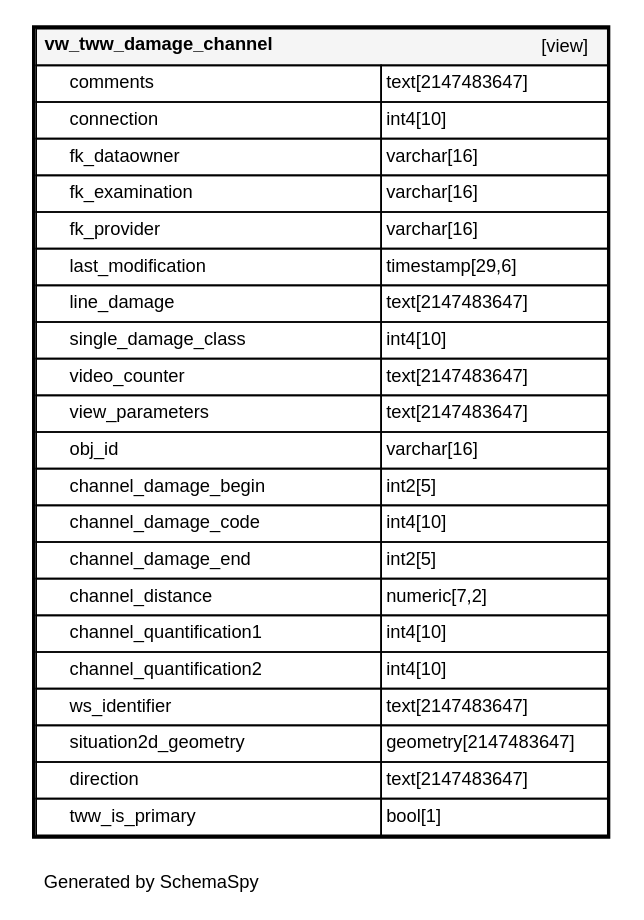
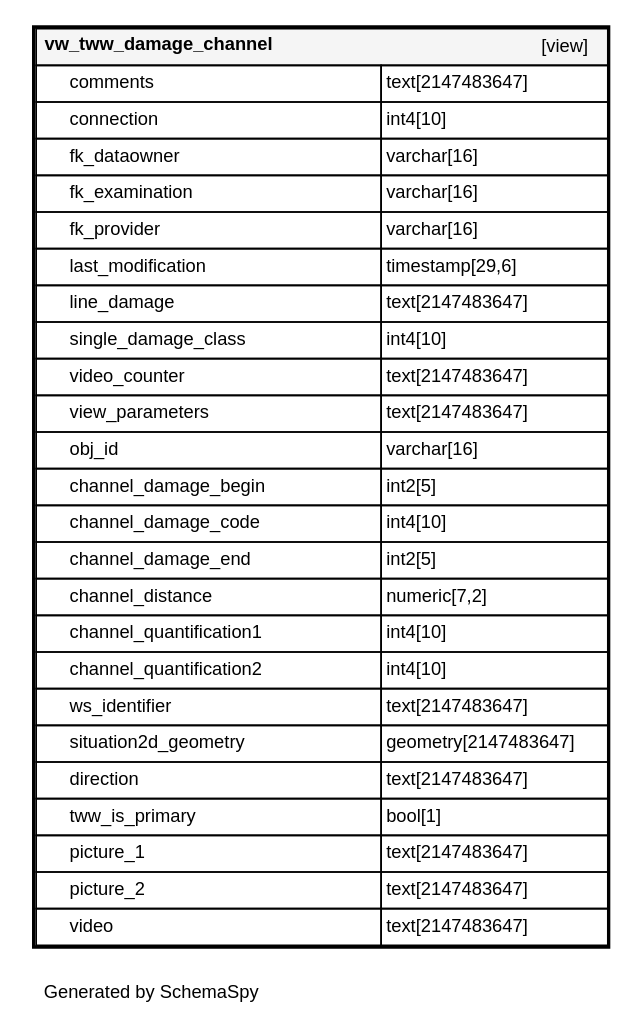
The diagram in de/_static/datamodel/tww_app/diagrams/tables/vw_tww_damage_channel.1degree.dot (teksi/wastewater), drawn with Graphviz before and after one commit. The commit also changed 57 other files, not shown here.

```diff
--- a/de/_static/datamodel/tww_app/diagrams/tables/vw_tww_damage_channel.1degree.dot
+++ b/de/_static/datamodel/tww_app/diagrams/tables/vw_tww_damage_channel.1degree.dot
@@ -1,33 +1,36 @@
 digraph "oneDegreeRelationshipsDiagram" {
   graph [    rankdir="RL"    bgcolor="#ffffff"    label="\nGenerated by SchemaSpy"    labeljust="l"    nodesep="0.18"    ranksep="0.46"    fontname="Helvetica"    fontsize="11"    packmode="graph"  ];  node [    fontname="Helvetica"    fontsize="11"    shape="plaintext"  ];  edge [    arrowsize="0.8"  ];
   "vw_tww_damage_channel" [
    label=<
     <TABLE BORDER="2" CELLBORDER="1" CELLSPACING="0" BGCOLOR="#ffffff">
       <TR><TD COLSPAN="4"  BGCOLOR="#f5f5f5"><TABLE BORDER="0" CELLSPACING="0"><TR><TD ALIGN="LEFT" FIXEDSIZE="TRUE" WIDTH="186" HEIGHT="16"><B>vw_tww_damage_channel</B></TD><TD ALIGN="RIGHT">[view]</TD></TR></TABLE></TD></TR>
       <TR><TD PORT="comments" COLSPAN="2" ALIGN="LEFT"><TABLE BORDER="0" CELLSPACING="0" ALIGN="LEFT"><TR ALIGN="LEFT"><TD ALIGN="LEFT" FIXEDSIZE="TRUE" WIDTH="15" HEIGHT="16"></TD><TD ALIGN="LEFT" FIXEDSIZE="TRUE" WIDTH="186" HEIGHT="16">comments</TD></TR></TABLE></TD><TD PORT="comments.type" ALIGN="LEFT">text[2147483647]</TD></TR>
       <TR><TD PORT="connection" COLSPAN="2" ALIGN="LEFT"><TABLE BORDER="0" CELLSPACING="0" ALIGN="LEFT"><TR ALIGN="LEFT"><TD ALIGN="LEFT" FIXEDSIZE="TRUE" WIDTH="15" HEIGHT="16"></TD><TD ALIGN="LEFT" FIXEDSIZE="TRUE" WIDTH="186" HEIGHT="16">connection</TD></TR></TABLE></TD><TD PORT="connection.type" ALIGN="LEFT">int4[10]</TD></TR>
       <TR><TD PORT="fk_dataowner" COLSPAN="2" ALIGN="LEFT"><TABLE BORDER="0" CELLSPACING="0" ALIGN="LEFT"><TR ALIGN="LEFT"><TD ALIGN="LEFT" FIXEDSIZE="TRUE" WIDTH="15" HEIGHT="16"></TD><TD ALIGN="LEFT" FIXEDSIZE="TRUE" WIDTH="186" HEIGHT="16">fk_dataowner</TD></TR></TABLE></TD><TD PORT="fk_dataowner.type" ALIGN="LEFT">varchar[16]</TD></TR>
       <TR><TD PORT="fk_examination" COLSPAN="2" ALIGN="LEFT"><TABLE BORDER="0" CELLSPACING="0" ALIGN="LEFT"><TR ALIGN="LEFT"><TD ALIGN="LEFT" FIXEDSIZE="TRUE" WIDTH="15" HEIGHT="16"></TD><TD ALIGN="LEFT" FIXEDSIZE="TRUE" WIDTH="186" HEIGHT="16">fk_examination</TD></TR></TABLE></TD><TD PORT="fk_examination.type" ALIGN="LEFT">varchar[16]</TD></TR>
       <TR><TD PORT="fk_provider" COLSPAN="2" ALIGN="LEFT"><TABLE BORDER="0" CELLSPACING="0" ALIGN="LEFT"><TR ALIGN="LEFT"><TD ALIGN="LEFT" FIXEDSIZE="TRUE" WIDTH="15" HEIGHT="16"></TD><TD ALIGN="LEFT" FIXEDSIZE="TRUE" WIDTH="186" HEIGHT="16">fk_provider</TD></TR></TABLE></TD><TD PORT="fk_provider.type" ALIGN="LEFT">varchar[16]</TD></TR>
       <TR><TD PORT="last_modification" COLSPAN="2" ALIGN="LEFT"><TABLE BORDER="0" CELLSPACING="0" ALIGN="LEFT"><TR ALIGN="LEFT"><TD ALIGN="LEFT" FIXEDSIZE="TRUE" WIDTH="15" HEIGHT="16"></TD><TD ALIGN="LEFT" FIXEDSIZE="TRUE" WIDTH="186" HEIGHT="16">last_modification</TD></TR></TABLE></TD><TD PORT="last_modification.type" ALIGN="LEFT">timestamp[29,6]</TD></TR>
       <TR><TD PORT="line_damage" COLSPAN="2" ALIGN="LEFT"><TABLE BORDER="0" CELLSPACING="0" ALIGN="LEFT"><TR ALIGN="LEFT"><TD ALIGN="LEFT" FIXEDSIZE="TRUE" WIDTH="15" HEIGHT="16"></TD><TD ALIGN="LEFT" FIXEDSIZE="TRUE" WIDTH="186" HEIGHT="16">line_damage</TD></TR></TABLE></TD><TD PORT="line_damage.type" ALIGN="LEFT">text[2147483647]</TD></TR>
       <TR><TD PORT="single_damage_class" COLSPAN="2" ALIGN="LEFT"><TABLE BORDER="0" CELLSPACING="0" ALIGN="LEFT"><TR ALIGN="LEFT"><TD ALIGN="LEFT" FIXEDSIZE="TRUE" WIDTH="15" HEIGHT="16"></TD><TD ALIGN="LEFT" FIXEDSIZE="TRUE" WIDTH="186" HEIGHT="16">single_damage_class</TD></TR></TABLE></TD><TD PORT="single_damage_class.type" ALIGN="LEFT">int4[10]</TD></TR>
       <TR><TD PORT="video_counter" COLSPAN="2" ALIGN="LEFT"><TABLE BORDER="0" CELLSPACING="0" ALIGN="LEFT"><TR ALIGN="LEFT"><TD ALIGN="LEFT" FIXEDSIZE="TRUE" WIDTH="15" HEIGHT="16"></TD><TD ALIGN="LEFT" FIXEDSIZE="TRUE" WIDTH="186" HEIGHT="16">video_counter</TD></TR></TABLE></TD><TD PORT="video_counter.type" ALIGN="LEFT">text[2147483647]</TD></TR>
       <TR><TD PORT="view_parameters" COLSPAN="2" ALIGN="LEFT"><TABLE BORDER="0" CELLSPACING="0" ALIGN="LEFT"><TR ALIGN="LEFT"><TD ALIGN="LEFT" FIXEDSIZE="TRUE" WIDTH="15" HEIGHT="16"></TD><TD ALIGN="LEFT" FIXEDSIZE="TRUE" WIDTH="186" HEIGHT="16">view_parameters</TD></TR></TABLE></TD><TD PORT="view_parameters.type" ALIGN="LEFT">text[2147483647]</TD></TR>
       <TR><TD PORT="obj_id" COLSPAN="2" ALIGN="LEFT"><TABLE BORDER="0" CELLSPACING="0" ALIGN="LEFT"><TR ALIGN="LEFT"><TD ALIGN="LEFT" FIXEDSIZE="TRUE" WIDTH="15" HEIGHT="16"></TD><TD ALIGN="LEFT" FIXEDSIZE="TRUE" WIDTH="186" HEIGHT="16">obj_id</TD></TR></TABLE></TD><TD PORT="obj_id.type" ALIGN="LEFT">varchar[16]</TD></TR>
       <TR><TD PORT="channel_damage_begin" COLSPAN="2" ALIGN="LEFT"><TABLE BORDER="0" CELLSPACING="0" ALIGN="LEFT"><TR ALIGN="LEFT"><TD ALIGN="LEFT" FIXEDSIZE="TRUE" WIDTH="15" HEIGHT="16"></TD><TD ALIGN="LEFT" FIXEDSIZE="TRUE" WIDTH="186" HEIGHT="16">channel_damage_begin</TD></TR></TABLE></TD><TD PORT="channel_damage_begin.type" ALIGN="LEFT">int2[5]</TD></TR>
       <TR><TD PORT="channel_damage_code" COLSPAN="2" ALIGN="LEFT"><TABLE BORDER="0" CELLSPACING="0" ALIGN="LEFT"><TR ALIGN="LEFT"><TD ALIGN="LEFT" FIXEDSIZE="TRUE" WIDTH="15" HEIGHT="16"></TD><TD ALIGN="LEFT" FIXEDSIZE="TRUE" WIDTH="186" HEIGHT="16">channel_damage_code</TD></TR></TABLE></TD><TD PORT="channel_damage_code.type" ALIGN="LEFT">int4[10]</TD></TR>
       <TR><TD PORT="channel_damage_end" COLSPAN="2" ALIGN="LEFT"><TABLE BORDER="0" CELLSPACING="0" ALIGN="LEFT"><TR ALIGN="LEFT"><TD ALIGN="LEFT" FIXEDSIZE="TRUE" WIDTH="15" HEIGHT="16"></TD><TD ALIGN="LEFT" FIXEDSIZE="TRUE" WIDTH="186" HEIGHT="16">channel_damage_end</TD></TR></TABLE></TD><TD PORT="channel_damage_end.type" ALIGN="LEFT">int2[5]</TD></TR>
       <TR><TD PORT="channel_distance" COLSPAN="2" ALIGN="LEFT"><TABLE BORDER="0" CELLSPACING="0" ALIGN="LEFT"><TR ALIGN="LEFT"><TD ALIGN="LEFT" FIXEDSIZE="TRUE" WIDTH="15" HEIGHT="16"></TD><TD ALIGN="LEFT" FIXEDSIZE="TRUE" WIDTH="186" HEIGHT="16">channel_distance</TD></TR></TABLE></TD><TD PORT="channel_distance.type" ALIGN="LEFT">numeric[7,2]</TD></TR>
       <TR><TD PORT="channel_quantification1" COLSPAN="2" ALIGN="LEFT"><TABLE BORDER="0" CELLSPACING="0" ALIGN="LEFT"><TR ALIGN="LEFT"><TD ALIGN="LEFT" FIXEDSIZE="TRUE" WIDTH="15" HEIGHT="16"></TD><TD ALIGN="LEFT" FIXEDSIZE="TRUE" WIDTH="186" HEIGHT="16">channel_quantification1</TD></TR></TABLE></TD><TD PORT="channel_quantification1.type" ALIGN="LEFT">int4[10]</TD></TR>
       <TR><TD PORT="channel_quantification2" COLSPAN="2" ALIGN="LEFT"><TABLE BORDER="0" CELLSPACING="0" ALIGN="LEFT"><TR ALIGN="LEFT"><TD ALIGN="LEFT" FIXEDSIZE="TRUE" WIDTH="15" HEIGHT="16"></TD><TD ALIGN="LEFT" FIXEDSIZE="TRUE" WIDTH="186" HEIGHT="16">channel_quantification2</TD></TR></TABLE></TD><TD PORT="channel_quantification2.type" ALIGN="LEFT">int4[10]</TD></TR>
       <TR><TD PORT="ws_identifier" COLSPAN="2" ALIGN="LEFT"><TABLE BORDER="0" CELLSPACING="0" ALIGN="LEFT"><TR ALIGN="LEFT"><TD ALIGN="LEFT" FIXEDSIZE="TRUE" WIDTH="15" HEIGHT="16"></TD><TD ALIGN="LEFT" FIXEDSIZE="TRUE" WIDTH="186" HEIGHT="16">ws_identifier</TD></TR></TABLE></TD><TD PORT="ws_identifier.type" ALIGN="LEFT">text[2147483647]</TD></TR>
       <TR><TD PORT="situation2d_geometry" COLSPAN="2" ALIGN="LEFT"><TABLE BORDER="0" CELLSPACING="0" ALIGN="LEFT"><TR ALIGN="LEFT"><TD ALIGN="LEFT" FIXEDSIZE="TRUE" WIDTH="15" HEIGHT="16"></TD><TD ALIGN="LEFT" FIXEDSIZE="TRUE" WIDTH="186" HEIGHT="16">situation2d_geometry</TD></TR></TABLE></TD><TD PORT="situation2d_geometry.type" ALIGN="LEFT">geometry[2147483647]</TD></TR>
       <TR><TD PORT="direction" COLSPAN="2" ALIGN="LEFT"><TABLE BORDER="0" CELLSPACING="0" ALIGN="LEFT"><TR ALIGN="LEFT"><TD ALIGN="LEFT" FIXEDSIZE="TRUE" WIDTH="15" HEIGHT="16"></TD><TD ALIGN="LEFT" FIXEDSIZE="TRUE" WIDTH="186" HEIGHT="16">direction</TD></TR></TABLE></TD><TD PORT="direction.type" ALIGN="LEFT">text[2147483647]</TD></TR>
       <TR><TD PORT="tww_is_primary" COLSPAN="2" ALIGN="LEFT"><TABLE BORDER="0" CELLSPACING="0" ALIGN="LEFT"><TR ALIGN="LEFT"><TD ALIGN="LEFT" FIXEDSIZE="TRUE" WIDTH="15" HEIGHT="16"></TD><TD ALIGN="LEFT" FIXEDSIZE="TRUE" WIDTH="186" HEIGHT="16">tww_is_primary</TD></TR></TABLE></TD><TD PORT="tww_is_primary.type" ALIGN="LEFT">bool[1]</TD></TR>
+      <TR><TD PORT="picture_1" COLSPAN="2" ALIGN="LEFT"><TABLE BORDER="0" CELLSPACING="0" ALIGN="LEFT"><TR ALIGN="LEFT"><TD ALIGN="LEFT" FIXEDSIZE="TRUE" WIDTH="15" HEIGHT="16"></TD><TD ALIGN="LEFT" FIXEDSIZE="TRUE" WIDTH="186" HEIGHT="16">picture_1</TD></TR></TABLE></TD><TD PORT="picture_1.type" ALIGN="LEFT">text[2147483647]</TD></TR>
+      <TR><TD PORT="picture_2" COLSPAN="2" ALIGN="LEFT"><TABLE BORDER="0" CELLSPACING="0" ALIGN="LEFT"><TR ALIGN="LEFT"><TD ALIGN="LEFT" FIXEDSIZE="TRUE" WIDTH="15" HEIGHT="16"></TD><TD ALIGN="LEFT" FIXEDSIZE="TRUE" WIDTH="186" HEIGHT="16">picture_2</TD></TR></TABLE></TD><TD PORT="picture_2.type" ALIGN="LEFT">text[2147483647]</TD></TR>
+      <TR><TD PORT="video" COLSPAN="2" ALIGN="LEFT"><TABLE BORDER="0" CELLSPACING="0" ALIGN="LEFT"><TR ALIGN="LEFT"><TD ALIGN="LEFT" FIXEDSIZE="TRUE" WIDTH="15" HEIGHT="16"></TD><TD ALIGN="LEFT" FIXEDSIZE="TRUE" WIDTH="186" HEIGHT="16">video</TD></TR></TABLE></TD><TD PORT="video.type" ALIGN="LEFT">text[2147483647]</TD></TR>
     </TABLE>>
     URL="../../tables/vw_tww_damage_channel.html"
     target="_top"
     tooltip="vw_tww_damage_channel"
   ];
 }
```
